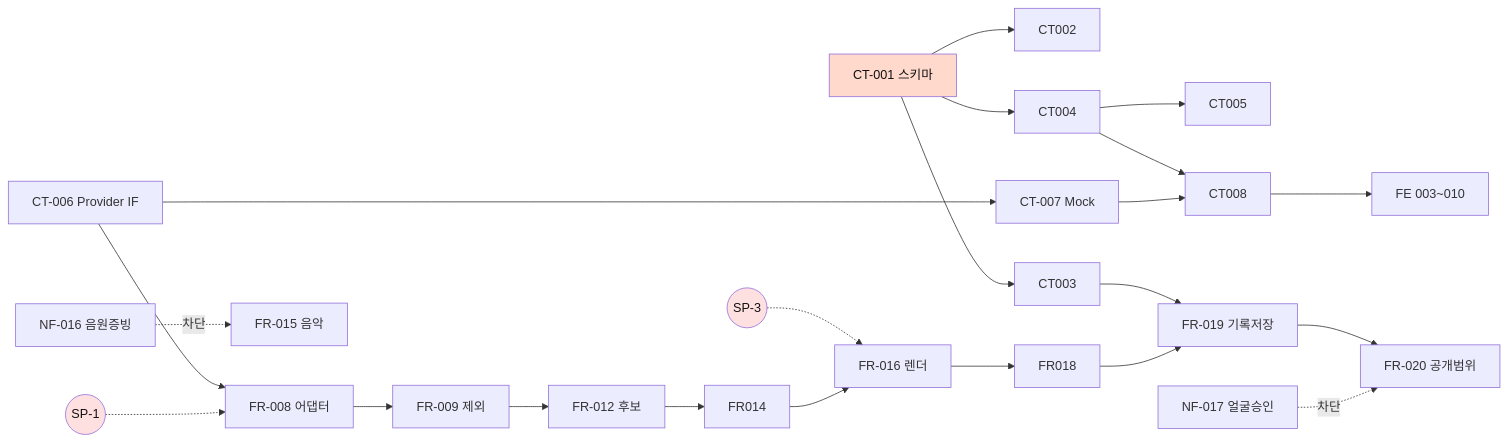
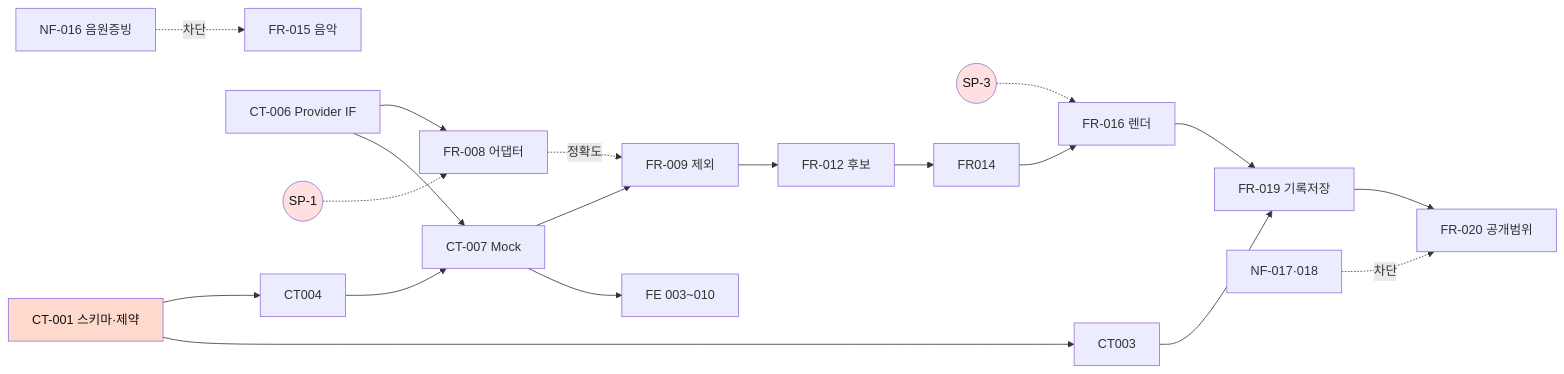
One commit to STERNYUL/HILiT changed the diagram in plans/TASK-LIST_전체.md. Above: the diagram before and after it, drawn with Mermaid. The commit also changed other lines of this file and 52 other files, not shown here.

````diff
--- a/plans/TASK-LIST_전체.md
+++ b/plans/TASK-LIST_전체.md
@@ -213,19 +224,19 @@
 ```mermaid
 flowchart LR
-    CT001["CT-001 스키마"] --> CT002 & CT003 & CT004
+    CT001["CT-001 스키마·제약"] --> CT003 & CT004
     CT006["CT-006 Provider IF"] --> CT007["CT-007 Mock"]
-    CT004 --> CT005 & CT008
-    CT007 --> CT008
-    CT008 --> FE003["FE 003~010"]
+    CT004 --> CT007
+    CT007 --> FE003["FE 003~010"]
     CT003 --> FR019["FR-019 기록저장"] --> FR020["FR-020 공개범위"]
     CT006 --> FR008["FR-008 어댑터"]
     SP1(("SP-1")) -.-> FR008
-    FR008 --> FR009["FR-009 제외"] --> FR012["FR-012 후보"]
+    CT007 --> FR009["FR-009 제외"] --> FR012["FR-012 후보"]
+    FR008 -.정확도.-> FR009
     SP3(("SP-3")) -.-> FR016["FR-016 렌더"]
-    FR012 --> FR014 --> FR016 --> FR018 --> FR019
+    FR012 --> FR014 --> FR016 --> FR019
     NF016["NF-016 음원증빙"] -.차단.-> FR015["FR-015 음악"]
-    NF017["NF-017 얼굴승인"] -.차단.-> FR020
+    NF017["NF-017·018"] -.차단.-> FR020
     style CT001 fill:#ffd9cc,color:#111
     style SP1 fill:#ffe0e0,color:#111
     style SP3 fill:#ffe0e0,color:#111
 ```
````
